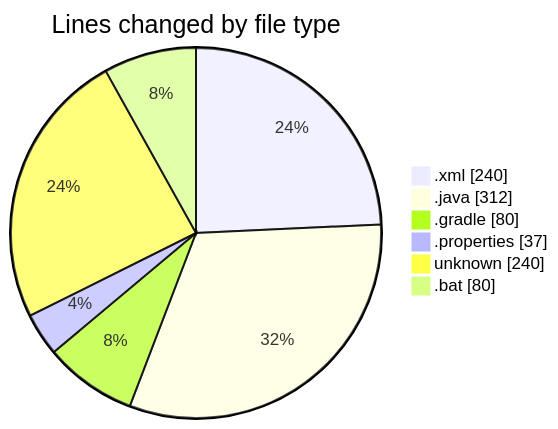
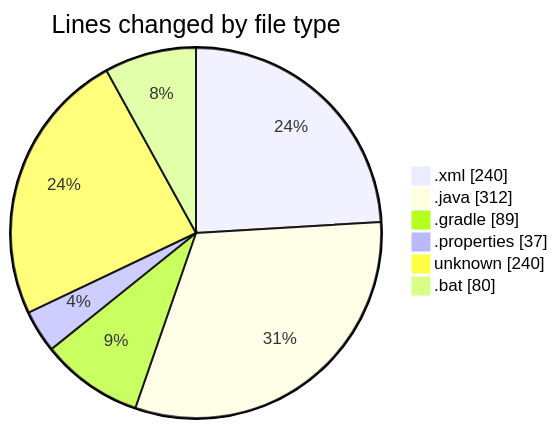
One commit to CELIANVF/code-tracking changed the first of 2 diagrams in 2025-05-30/archery_sum/README.md. Above: the diagram before and after it, drawn with Mermaid. The commit also changed other lines of this file and 1 other file, not shown here.

````diff
--- a/2025-05-30/archery_sum/README.md
+++ b/2025-05-30/archery_sum/README.md
@@ -37,10 +37,10 @@
 ```mermaid
 pie showData
 title Lines changed by file type
 ".xml" : 240
 ".java" : 312
-".gradle" : 80
+".gradle" : 89
 ".properties" : 37
 "unknown" : 240
 ".bat" : 80
 ```
````
